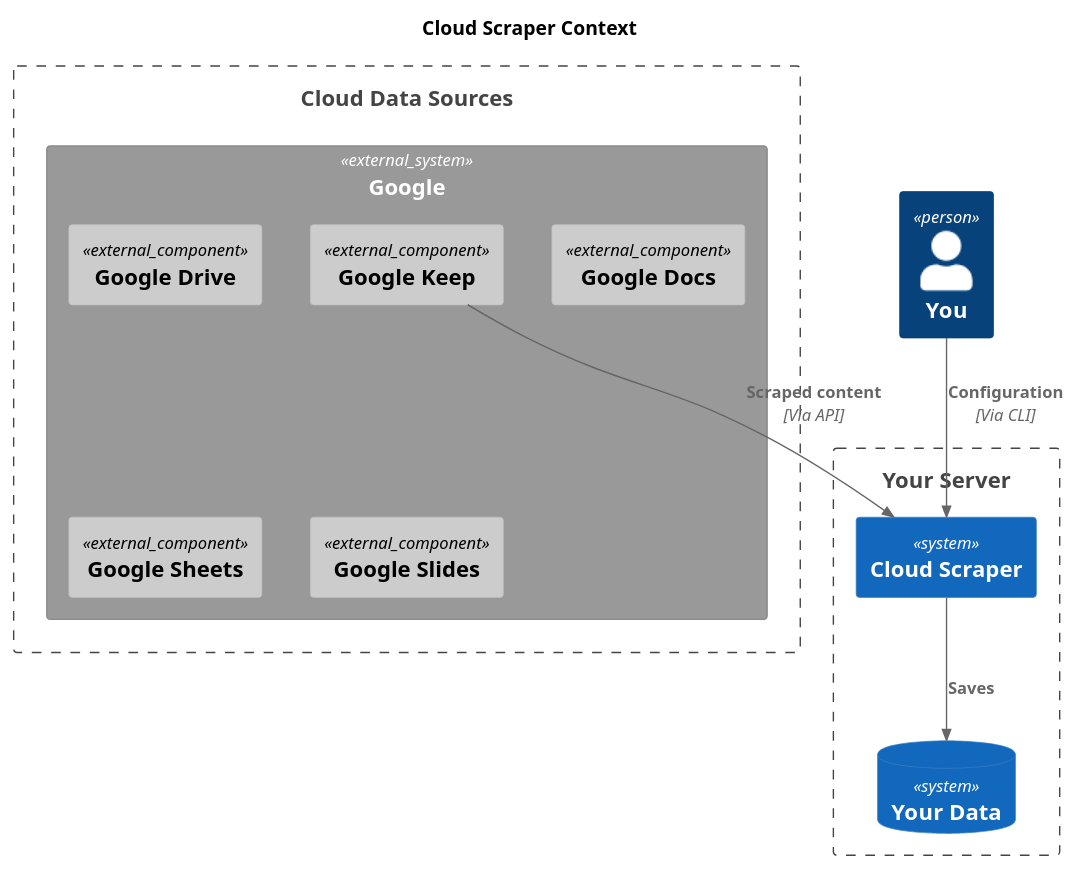
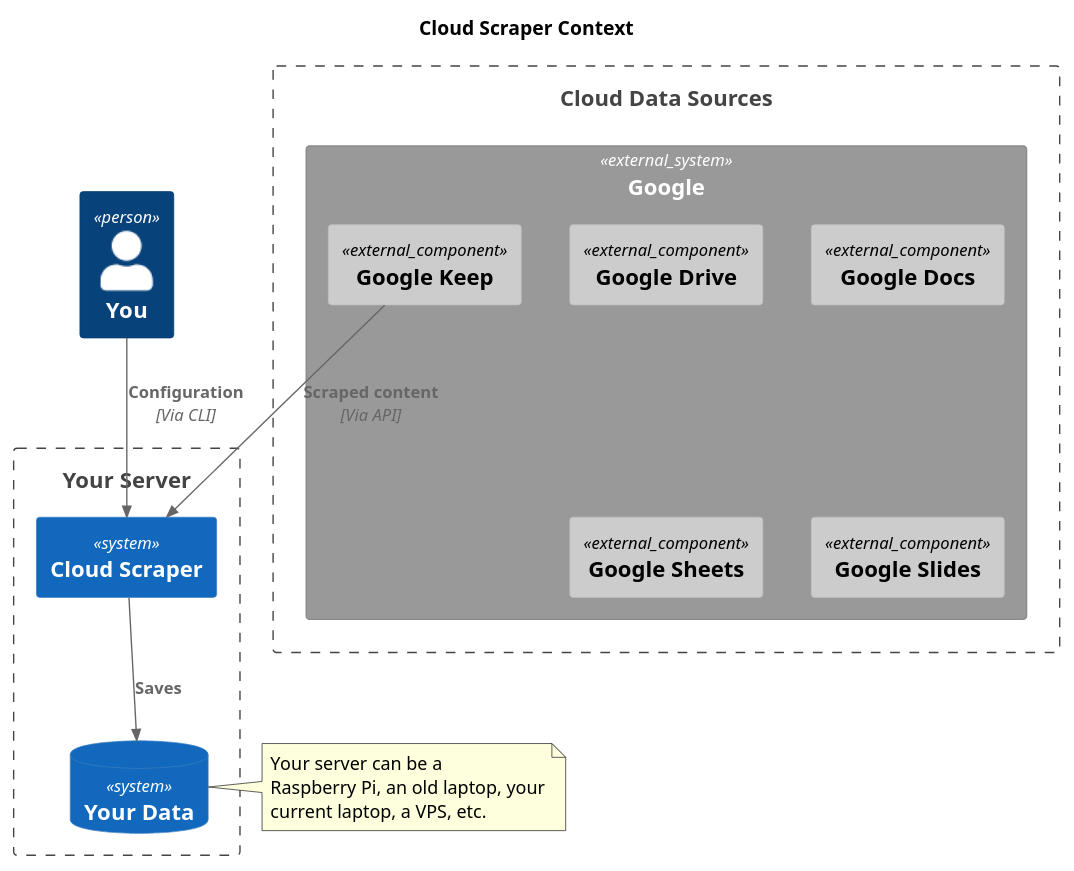
The diagram in diagrams/context.puml (rob-h-w/cloud-scraper), drawn with PlantUML before and after one commit. The commit also changed 2 other files, not shown here.

```diff
--- a/diagrams/context.puml
+++ b/diagrams/context.puml
@@ -1,31 +1,37 @@
 @startuml Context
 
 skinparam backgroundColor white
 
 !include  https://raw.githubusercontent.com/plantuml-stdlib/C4-PlantUML/master/C4_Context.puml
 !include  https://raw.githubusercontent.com/plantuml-stdlib/C4-PlantUML/master/C4_Component.puml
 
 title Cloud Scraper Context
 
 Boundary(cloud_data_sources, "Cloud Data Sources") {
     System_Ext(google, "Google") {
         Component_Ext(google_drive, "Google Drive")
         Component_Ext(google_docs, "Google Docs")
         Component_Ext(google_keep, "Google Keep")
         Component_Ext(google_sheets, "Google Sheets")
         Component_Ext(google_slides, "Google Slides")
     }
 }
 
 Boundary(your_server, "Your Server") {
     System(cloud_scraper, "Cloud Scraper")
     SystemDb(cloud_scraper_db, "Your Data")
 }
 
+skinparam NoteTextAlignment left
+note right
+    Your server can be a
+    Raspberry Pi, an old laptop, your current laptop, a VPS, etc.
+end note
+
 Person(you, "You")
 
 Rel(you, cloud_scraper, "Configuration", "Via CLI")
 Rel(google_keep, cloud_scraper, "Scraped content", "Via API")
 Rel(cloud_scraper, cloud_scraper_db, "Saves")
 
 @enduml
```
